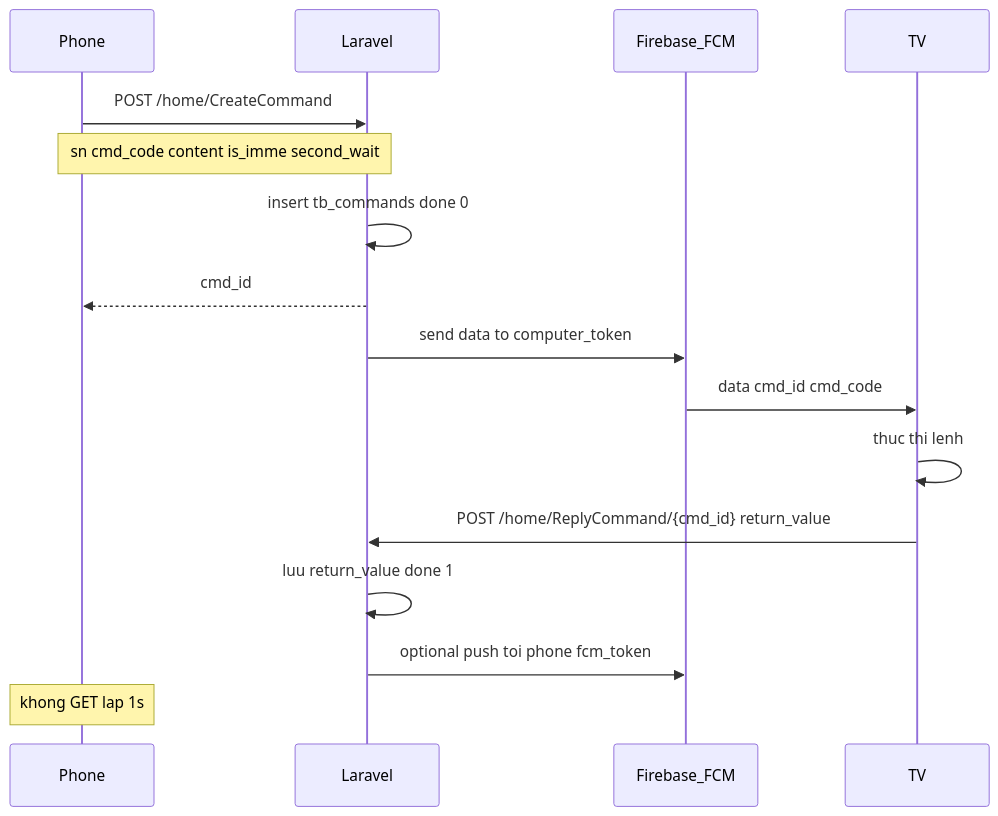
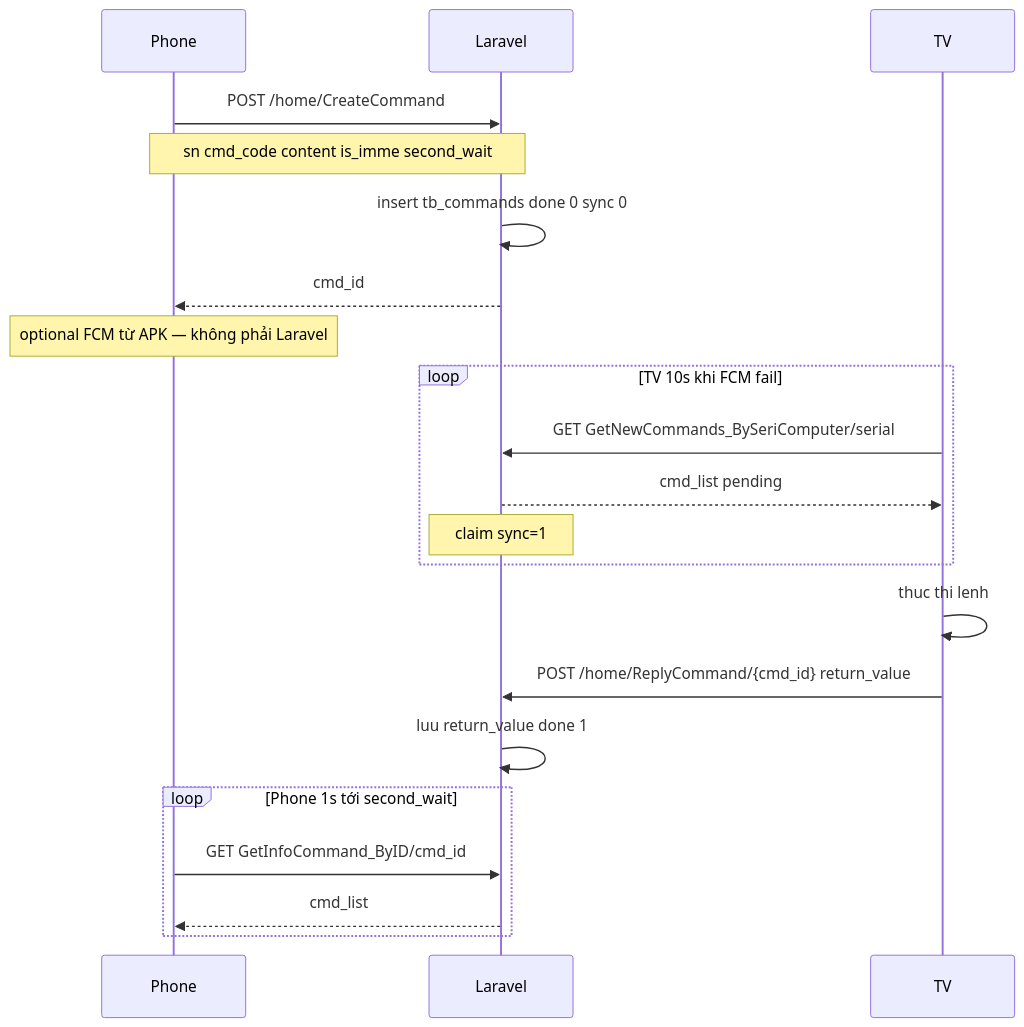
The ninth of 9 diagrams in .agents/workflows/phases.md (anhtientram/tsscreen_be), drawn with Mermaid before and after one commit. The commit also changed other lines of this file and 12 other files, not shown here.

First line of the commit message:
Update progress documentation and implement legacy command API

````diff
--- a/.agents/workflows/phases.md
+++ b/.agents/workflows/phases.md
@@ -332,19 +323,24 @@
 ```mermaid
 sequenceDiagram
   participant Phone
   participant API as Laravel
-  participant FCM as Firebase_FCM
   participant TV
 
   Phone->>API: POST /home/CreateCommand
   Note over Phone,API: sn cmd_code content is_imme second_wait
-  API->>API: insert tb_commands done 0
+  API->>API: insert tb_commands done 0 sync 0
   API-->>Phone: cmd_id
-  API->>FCM: send data to computer_token
-  FCM->>TV: data cmd_id cmd_code
+  Note over Phone: optional FCM từ APK — không phải Laravel
+  loop TV 10s khi FCM fail
+    TV->>API: GET GetNewCommands_BySeriComputer/serial
+    API-->>TV: cmd_list pending
+    Note over API: claim sync=1
+  end
   TV->>TV: thuc thi lenh
   TV->>API: POST /home/ReplyCommand/{cmd_id} return_value
   API->>API: luu return_value done 1
-  API->>FCM: optional push toi phone fcm_token
-  Note over Phone: khong GET lap 1s
+  loop Phone 1s tới second_wait
+    Phone->>API: GET GetInfoCommand_ByID/cmd_id
+    API-->>Phone: cmd_list
+  end
 ```
````
